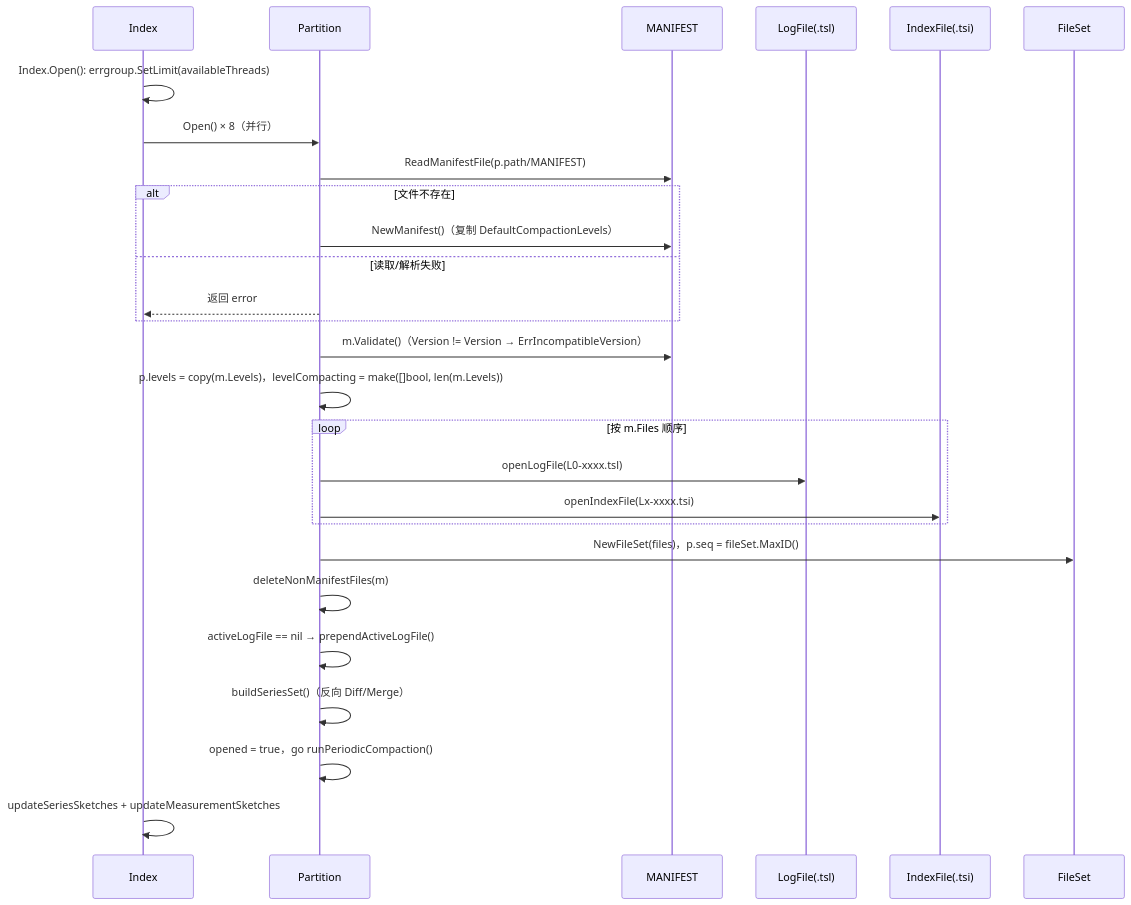
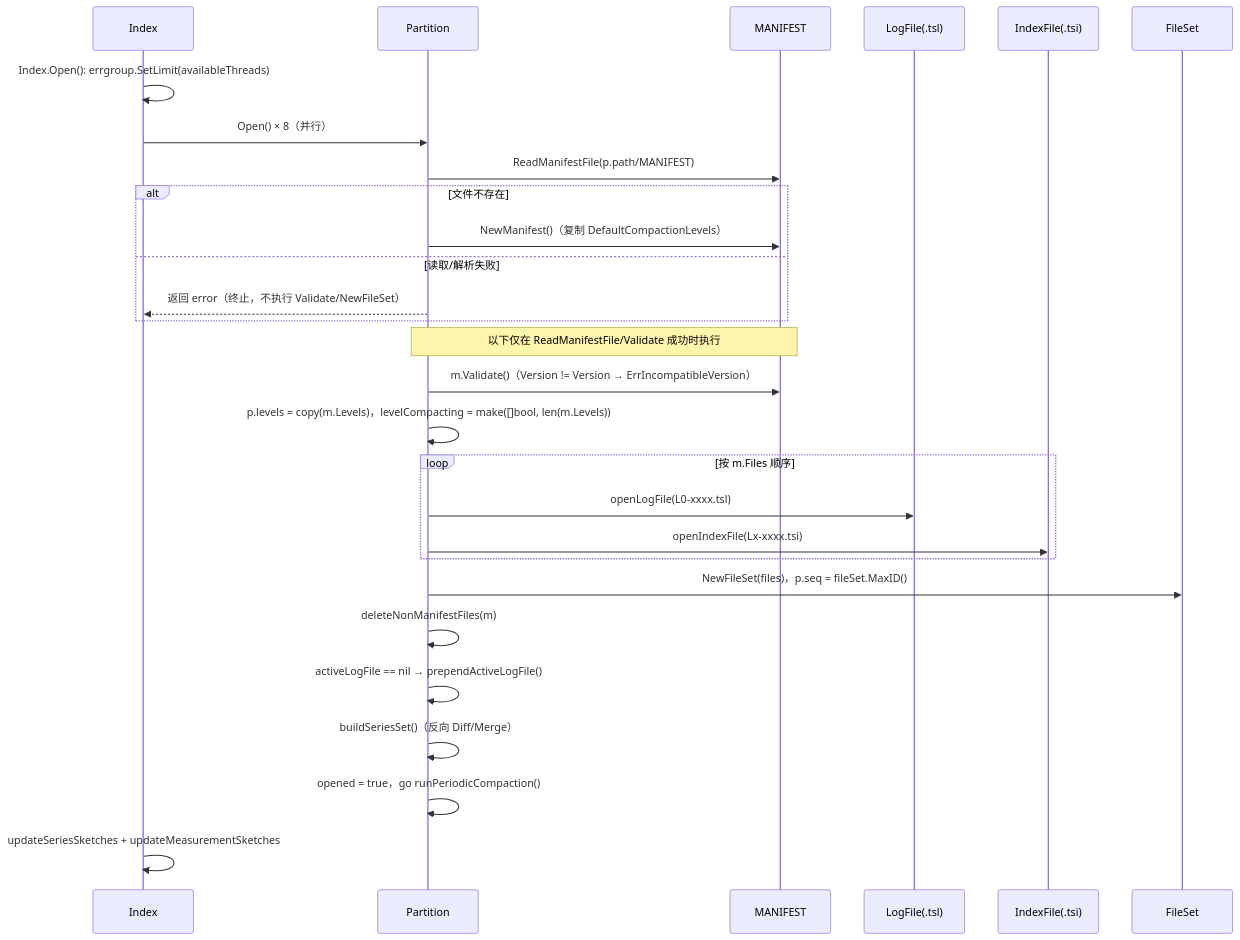
The ninth of 16 diagrams in docs/specs/02_index_system_spec.md (stefanv5/influxdb), drawn with Mermaid before and after one commit. The commit also changed other lines of this file and 18 other files, not shown here.

````diff
--- a/docs/specs/02_index_system_spec.md
+++ b/docs/specs/02_index_system_spec.md
@@ -1416,30 +1417,31 @@
 ```mermaid
 sequenceDiagram
     participant Index as Index
     participant Partition as Partition
     participant Manifest as MANIFEST
     participant LogFile as LogFile(.tsl)
     participant IndexFile as IndexFile(.tsi)
     participant FileSet as FileSet
 
     Index->>Index: Index.Open(): errgroup.SetLimit(availableThreads)
     Index->>Partition: Open() × 8（并行）
     Partition->>Manifest: ReadManifestFile(p.path/MANIFEST)
     alt 文件不存在
         Partition->>Manifest: NewManifest()（复制 DefaultCompactionLevels）
     else 读取/解析失败
-        Partition-->>Index: 返回 error
+        Partition-->>Index: 返回 error（终止，不执行 Validate/NewFileSet）
     end
+    Note over Partition,Manifest: 以下仅在 ReadManifestFile/Validate 成功时执行
     Partition->>Manifest: m.Validate()（Version != Version → ErrIncompatibleVersion）
     Partition->>Partition: p.levels = copy(m.Levels)，levelCompacting = make([]bool, len(m.Levels))
     loop 按 m.Files 顺序
         Partition->>LogFile: openLogFile(L0-xxxx.tsl)
         Partition->>IndexFile: openIndexFile(Lx-xxxx.tsi)
     end
     Partition->>FileSet: NewFileSet(files)，p.seq = fileSet.MaxID()
     Partition->>Partition: deleteNonManifestFiles(m)
     Partition->>Partition: activeLogFile == nil → prependActiveLogFile()
     Partition->>Partition: buildSeriesSet()（反向 Diff/Merge）
     Partition->>Partition: opened = true，go runPeriodicCompaction()
     Index->>Index: updateSeriesSketches + updateMeasurementSketches
 ```
````
